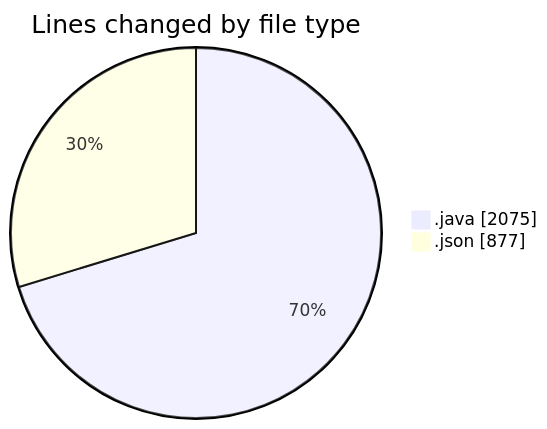
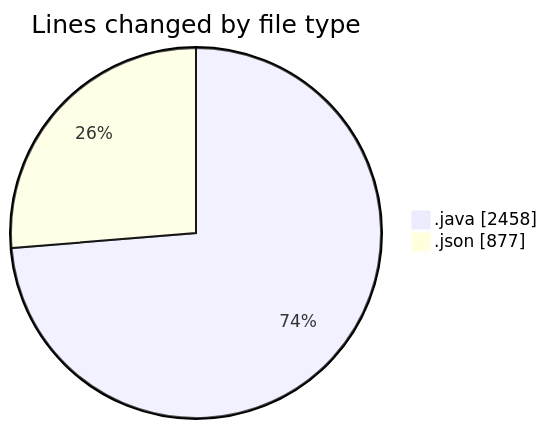
One commit to ricardozamudiocil/code-tracking changed the first of 2 diagrams in 2026-03-26/cilapp/README.md. Above: the diagram before and after it, drawn with Mermaid. The commit also changed other lines of this file and 1 other file, not shown here.

````diff
--- a/2026-03-26/cilapp/README.md
+++ b/2026-03-26/cilapp/README.md
@@ -23,6 +25,6 @@
 ```mermaid
 pie showData
 title Lines changed by file type
-".java" : 2075
+".java" : 2458
 ".json" : 877
 ```
````
